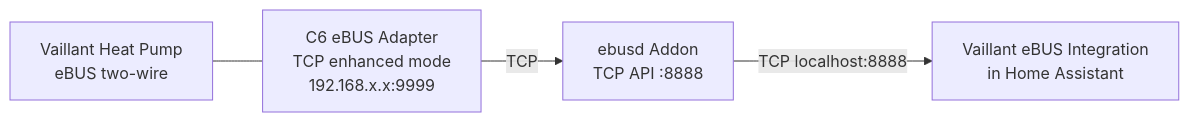
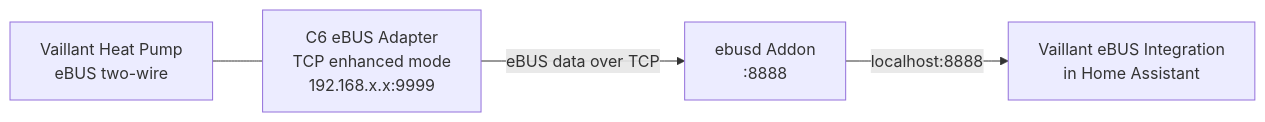
Before and after one commit to MarkBovee/vaillant-ebus: the diagram in README.md, drawn with Mermaid. The commit also changed other lines of this file, not shown here.

Commit message:
docs: clarify integration connects to HA (not C6), update diagram

````diff
--- a/README.md
+++ b/README.md
@@ -17,11 +17,11 @@
 ```mermaid
 flowchart LR
     HP[Vaillant Heat Pump<br/>eBUS two-wire]
     C6[C6 eBUS Adapter<br/>TCP enhanced mode<br/>192.168.x.x:9999]
-    E[ebusd Addon<br/>TCP API :8888]
+    E[ebusd Addon<br/>:8888]
     I[Vaillant eBUS Integration<br/>in Home Assistant]
 
     HP --- C6
-    C6 -- TCP --> E
-    E -- TCP localhost:8888 --> I
+    C6 -- eBUS data over TCP --> E
+    E -- localhost:8888 --> I
 ```
````
